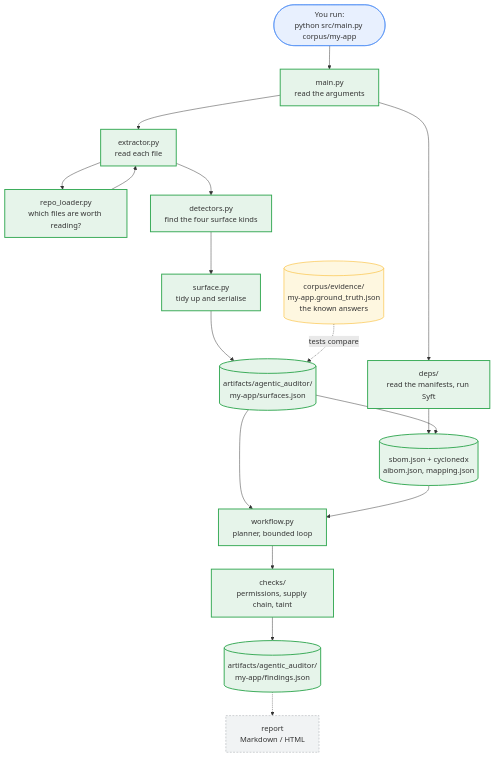
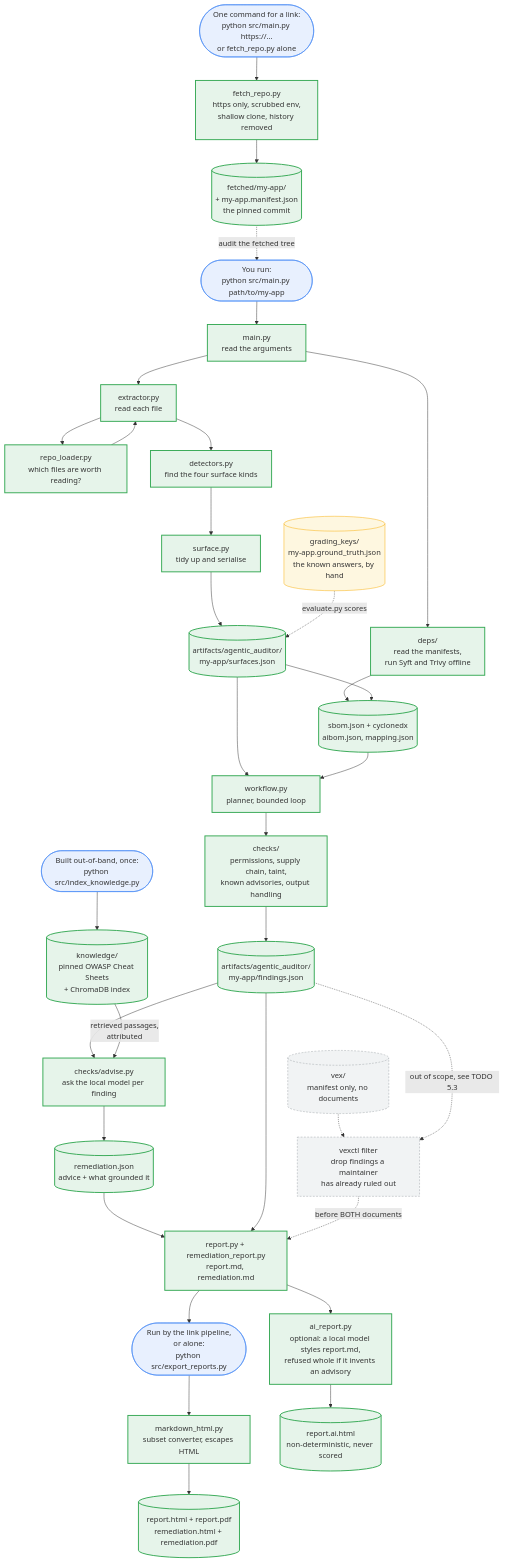
Before and after one commit to heinthtnaung/AgenticLLMAppAuditor: the first of 10 diagrams in docs/FLOW.md, drawn with Mermaid. The commit also changed other lines of this file and 312 other files, not shown here.

First line of the commit message:
Cite each knowledge section once, not each chunk

````diff
--- a/docs/FLOW.md
+++ b/docs/FLOW.md
@@ -17,29 +18,50 @@
 ```mermaid
 flowchart TD
-    U([You run:<br/>python src/main.py corpus/my-app]) --> M[main.py<br/>read the arguments]
+    FU([One command for a link:<br/>python src/main.py https://...<br/>or fetch_repo.py alone]) --> FR[fetch_repo.py<br/>https only, scrubbed env,<br/>shallow clone, history removed]
+    FR --> FM[(fetched/my-app/<br/>+ my-app.manifest.json<br/>the pinned commit)]
+    FM -.->|audit the fetched tree| U
+    U([You run:<br/>python src/main.py path/to/my-app]) --> M[main.py<br/>read the arguments]
     M --> X[extractor.py<br/>read each file]
     X --> L[repo_loader.py<br/>which files are worth reading?]
     L --> X
     X --> D[detectors.py<br/>find the four surface kinds]
     D --> S[surface.py<br/>tidy up and serialise]
     S --> A[(artifacts/agentic_auditor/<br/>my-app/surfaces.json)]
 
-    M --> DEP[deps/<br/>read the manifests, run Syft]
+    M --> DEP[deps/<br/>read the manifests,<br/>run Syft and Trivy offline]
     DEP --> B[(sbom.json + cyclonedx<br/>aibom.json, mapping.json)]
     A --> B
 
     A --> W[workflow.py<br/>planner, bounded loop]
     B --> W
-    W --> CK[checks/<br/>permissions, supply chain, taint]
+    W --> CK[checks/<br/>permissions, supply chain, taint,<br/>known advisories, output handling]
     CK --> F[(artifacts/agentic_auditor/<br/>my-app/findings.json)]
-    F -.-> REP[report<br/>Markdown / HTML]
+    F --> AD[checks/advise.py<br/>ask the local model per finding]
+    KI[(knowledge/<br/>pinned OWASP Cheat Sheets<br/>+ ChromaDB index)] -->|retrieved passages,<br/>attributed| AD
+    AD --> RJ[(remediation.json<br/>advice + what grounded it)]
+    RJ --> REP
+    F --> REP[report.py + remediation_report.py<br/>report.md, remediation.md]
 
-    GT[(corpus/evidence/<br/>my-app.ground_truth.json<br/>the known answers)] -.->|tests compare| A
+    VXD[(vex/<br/>manifest only, no documents)] -.-> VX
+    F -.->|out of scope, see TODO 5.3| VX[vexctl filter<br/>drop findings a maintainer<br/>has already ruled out]
+    VX -.->|before BOTH documents| REP
+    REP --> EX([Run by the link pipeline,<br/>or alone:<br/>python src/export_reports.py])
+    EX --> XM[markdown_html.py<br/>subset converter, escapes HTML]
+    XM --> XO[(report.html + report.pdf<br/>remediation.html + remediation.pdf)]
+    REP --> AIR[ai_report.py<br/>optional: a local model styles report.md,<br/>refused whole if it invents an advisory]
+    AIR --> AIO[(report.ai.html<br/>non-deterministic, never scored)]
+
+    KO([Built out-of-band, once:<br/>python src/index_knowledge.py]) --> KI
+
+    GT[(grading_keys/<br/>my-app.ground_truth.json<br/>the known answers, by hand)] -.->|evaluate.py scores| A
 
     classDef built fill:#e6f4ea,stroke:#34a853,stroke-width:2px
     classDef planned fill:#f1f3f4,stroke:#9aa0a6,stroke-dasharray:4 3
-    class M,X,L,D,S,A,DEP,B,W,CK,F built
-    class REP planned
+    class M,X,L,D,S,A,DEP,B,W,CK,F,FR,FM,AD,KI,RJ,REP,XM,XO,AIR,AIO built
+    class VX,VXD planned
     style U fill:#e8f0fe,stroke:#4285f4
+    style FU fill:#e8f0fe,stroke:#4285f4
+    style EX fill:#e8f0fe,stroke:#4285f4
+    style KO fill:#e8f0fe,stroke:#4285f4
     style GT fill:#fef7e0,stroke:#f9ab00
 ```
````
